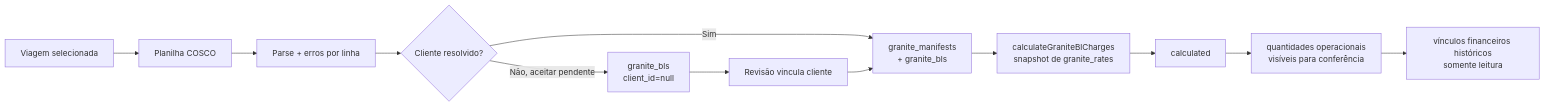
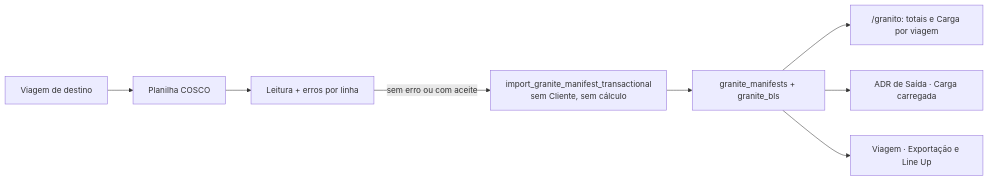
One commit to luccafwlog/vela changed the diagram in docs/modules/granito.md. Above: the diagram before and after it, drawn with Mermaid. The commit also changed other lines of this file and 71 other files, not shown here.

First line of the commit message:
feat(granito): tela da carga do navio, sem Cliente, taxa, Revisão nem CE

````diff
--- a/docs/modules/granito.md
+++ b/docs/modules/granito.md
@@ -178,14 +136,10 @@
 ```mermaid
 flowchart LR
-    Voyage["Viagem selecionada"] --> Cosco["Planilha COSCO"]
-    Cosco --> Parse["Parse + erros por linha"]
-    Parse --> Reconcile{"Cliente resolvido?"}
-    Reconcile -->|Não, aceitar pendente| Pending["granite_bls<br/>client_id=null"]
-    Pending --> Review["Revisão vincula cliente"]
-    Reconcile -->|Sim| Persist["granite_manifests<br/>+ granite_bls"]
-    Review --> Persist
-    Persist --> Calc["calculateGraniteBlCharges<br/>snapshot de granite_rates"]
-    Calc --> Calculated["calculated"]
-    Calculated --> Quantities["quantidades operacionais<br/>visíveis para conferência"]
-    Quantities --> History["vínculos financeiros históricos<br/>somente leitura"]
+    Voyage["Viagem de destino"] --> Cosco["Planilha COSCO"]
+    Cosco --> Parse["Leitura + erros por linha"]
+    Parse -->|sem erro ou com aceite| Import["import_granite_manifest_transactional<br/>sem Cliente, sem cálculo"]
+    Import --> Persist["granite_manifests + granite_bls"]
+    Persist --> Screen["/granito: totais e Carga por viagem"]
+    Persist --> ADR["ADR de Saída · Carga carregada"]
+    Persist --> Export["Viagem · Exportação e Line Up"]
 ```
````
